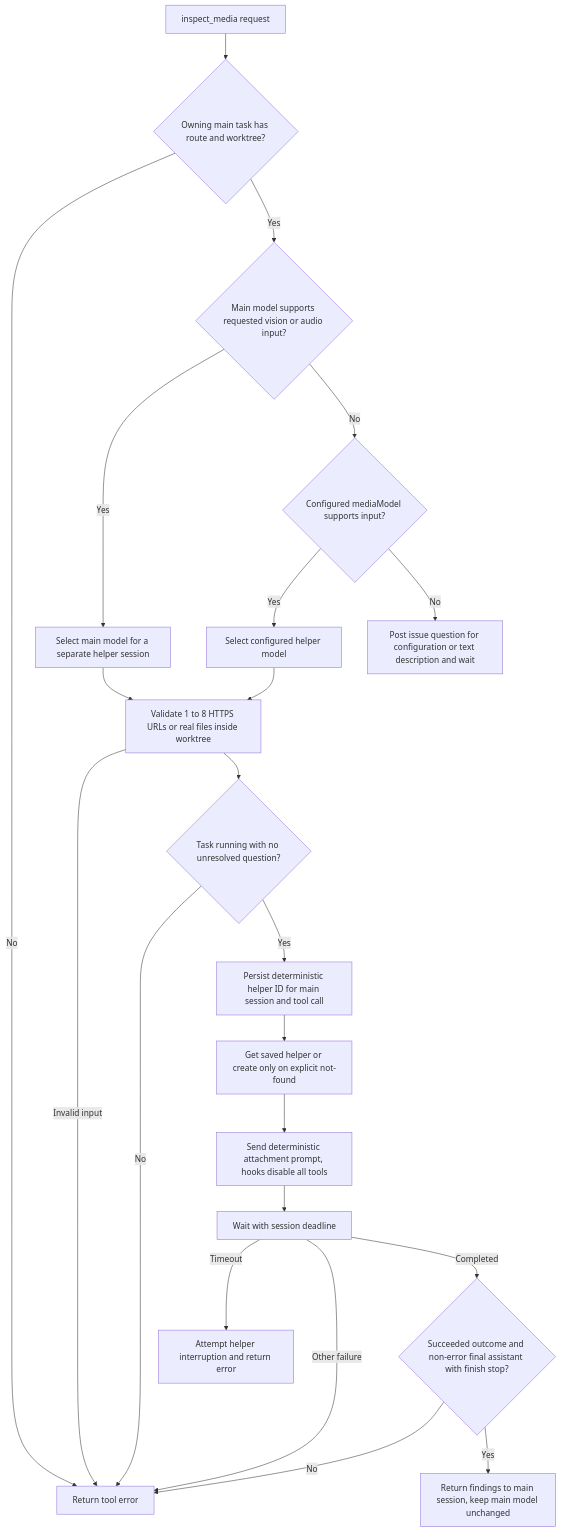
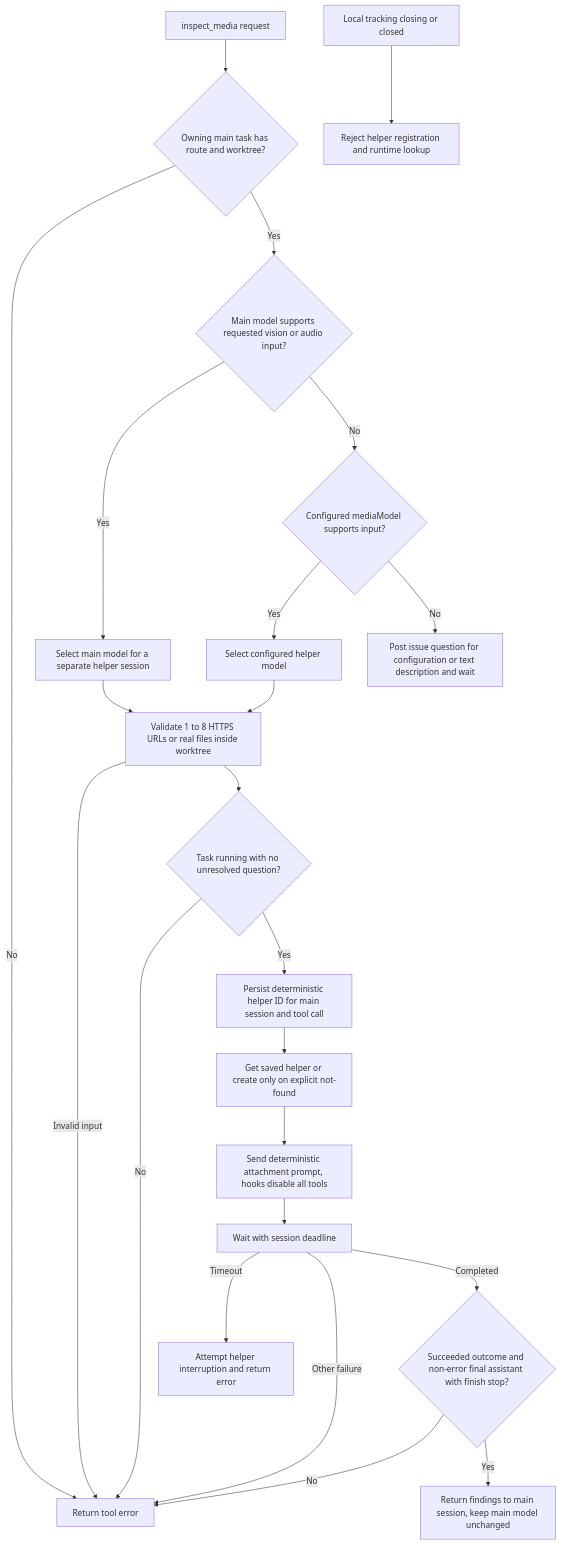
The fifth of 8 diagrams in docs/bot-workflow.md (d3cker/opencode2-github-automation), drawn with Mermaid before and after one commit. The commit also changed other lines of this file and 18 other files, not shown here.

````diff
--- a/docs/bot-workflow.md
+++ b/docs/bot-workflow.md
@@ -343,24 +356,25 @@
 ```mermaid
 flowchart TD
     Call[inspect_media request] --> MainTask{Owning main task has route and worktree?}
     MainTask -->|No| Error[Return tool error]
     MainTask -->|Yes| Cap{Main model supports requested vision or audio input?}
     Cap -->|Yes| Main[Select main model for a separate helper session]
     Cap -->|No| Other{Configured mediaModel supports input?}
     Other -->|Yes| Helper[Select configured helper model]
     Other -->|No| Ask[Post issue question for configuration or text description and wait]
     Main --> Files[Validate 1 to 8 HTTPS URLs or real files inside worktree]
     Helper --> Files
     Files -->|Invalid input| Error
     Files --> Guard{Task running with no unresolved question?}
     Guard -->|No| Error
     Guard -->|Yes| ID[Persist deterministic helper ID for main session and tool call]
     ID --> Session[Get saved helper or create only on explicit not-found]
     Session --> Prompt[Send deterministic attachment prompt, hooks disable all tools]
     Prompt --> Wait[Wait with session deadline]
     Wait -->|Timeout| Interrupt[Attempt helper interruption and return error]
     Wait -->|Other failure| Error
     Wait -->|Completed| Result{Succeeded outcome and non-error final assistant with finish stop?}
     Result -->|No| Error
     Result -->|Yes| Return[Return findings to main session, keep main model unchanged]
+    Closing[Local tracking closing or closed] --> Deny[Reject helper registration and runtime lookup]
 ```
````
